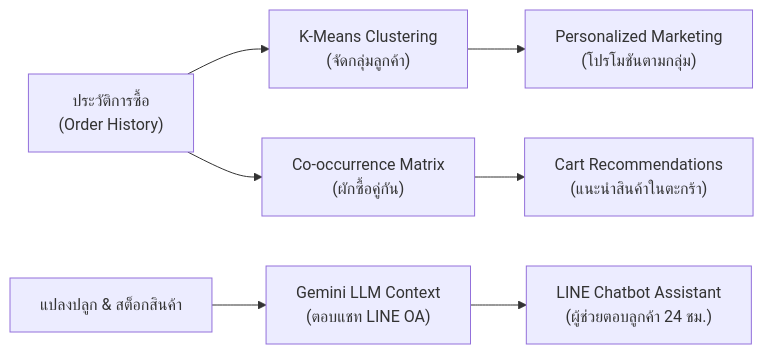
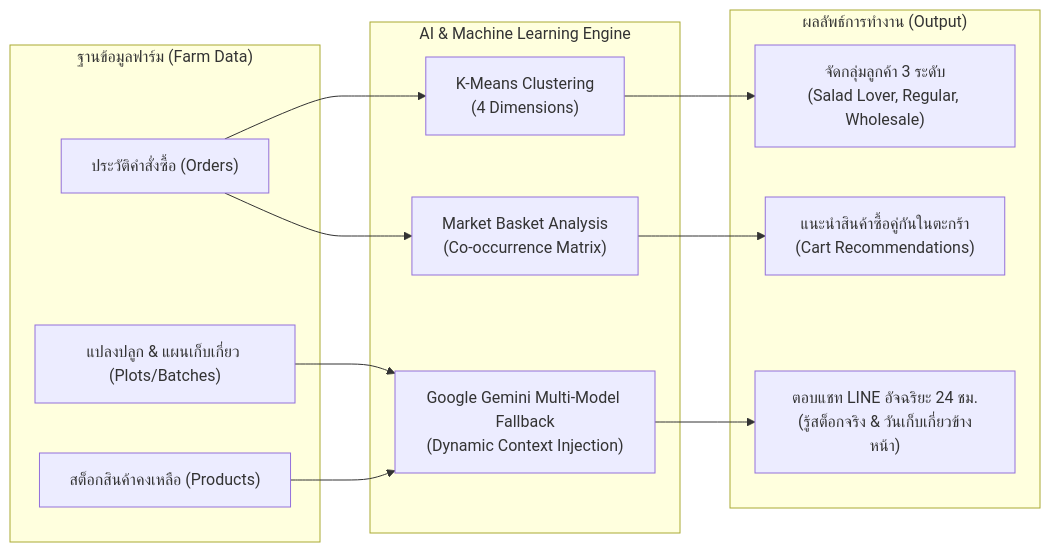
The second of 3 diagrams in README.md (IsmeHim/farm-gap), drawn with Mermaid before and after one commit. The commit also changed other lines of this file and 2 other files, not shown here.

````diff
--- a/README.md
+++ b/README.md
@@ -98,10 +110,24 @@
 ```mermaid
 flowchart LR
-    A["ประวัติการซื้อ\n(Order History)"] --> B["K-Means Clustering\n(จัดกลุ่มลูกค้า)"]
-    A --> C["Co-occurrence Matrix\n(ผักซื้อคู่กัน)"]
-    D["แปลงปลูก & สต็อกสินค้า"] --> E["Gemini LLM Context\n(ตอบแชท LINE OA)"]
-    
-    B --> F["Personalized Marketing\n(โปรโมชันตามกลุ่ม)"]
-    C --> G["Cart Recommendations\n(แนะนำสินค้าในตะกร้า)"]
-    E --> H["LINE Chatbot Assistant\n(ผู้ช่วยตอบลูกค้า 24 ชม.)"]
+    subgraph Data ["ฐานข้อมูลฟาร์ม (Farm Data)"]
+        D1["ประวัติคำสั่งซื้อ (Orders)"]
+        D2["แปลงปลูก & แผนเก็บเกี่ยว (Plots/Batches)"]
+        D3["สต็อกสินค้าคงเหลือ (Products)"]
+    end
+
+    subgraph AI_Engine ["AI & Machine Learning Engine"]
+        A1["K-Means Clustering\n(4 Dimensions)"]
+        A2["Market Basket Analysis\n(Co-occurrence Matrix)"]
+        A3["Google Gemini Multi-Model Fallback\n(Dynamic Context Injection)"]
+    end
+
+    subgraph Output ["ผลลัพธ์การทำงาน (Output)"]
+        O1["จัดกลุ่มลูกค้า 3 ระดับ\n(Salad Lover, Regular, Wholesale)"]
+        O2["แนะนำสินค้าซื้อคู่กันในตะกร้า\n(Cart Recommendations)"]
+        O3["ตอบแชท LINE อัจฉริยะ 24 ชม.\n(รู้สต็อกจริง & วันเก็บเกี่ยวข้างหน้า)"]
+    end
+
+    D1 --> A1 --> O1
+    D1 --> A2 --> O2
+    D2 & D3 --> A3 --> O3
 ```
````
